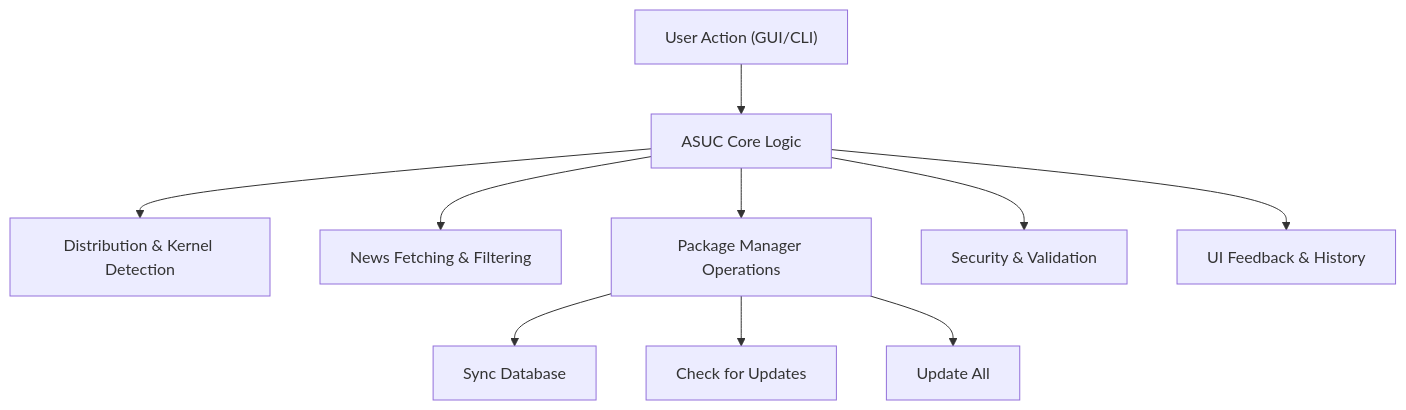
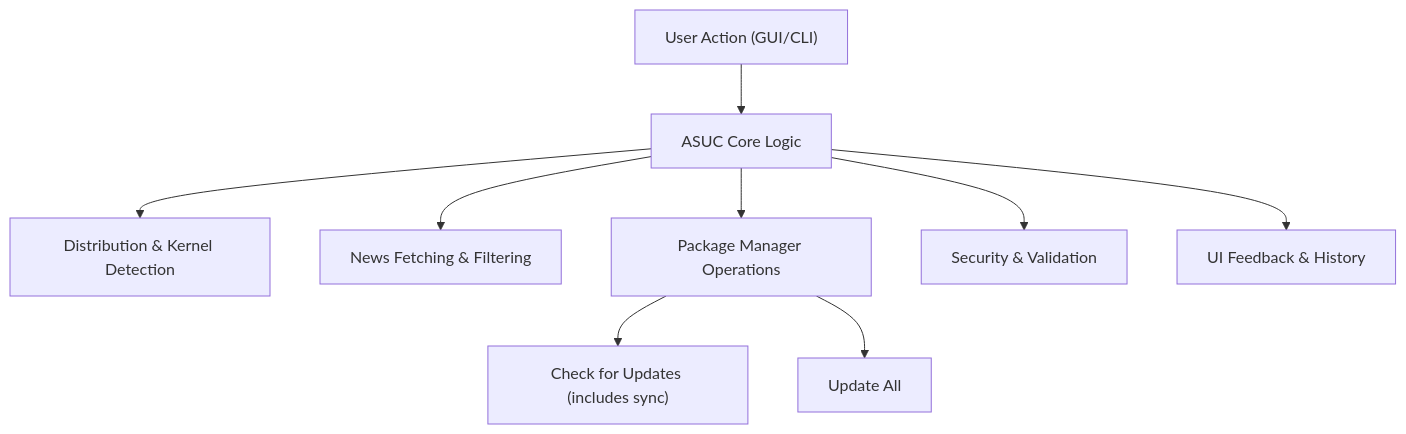
Before and after one commit to NeatCode-Labs/arch-smart-update-checker: the first of 2 diagrams in docs/HOW_ASUC_WORKS.md, drawn with Mermaid. The commit also changed other lines of this file and 15 other files, not shown here.

First line of the commit message:
Release v2.3.0: Integrate DB sync into Check for Updates

````diff
--- a/docs/HOW_ASUC_WORKS.md
+++ b/docs/HOW_ASUC_WORKS.md
@@ -11,12 +11,11 @@
 ```mermaid
 flowchart TD
     A["User Action (GUI/CLI)"] --> B["ASUC Core Logic"]
     B --> C1["Distribution & Kernel Detection"]
     B --> C2["News Fetching & Filtering"]
     B --> C3["Package Manager Operations"]
-    C3 --> D1["Sync Database"]
-    C3 --> D2["Check for Updates"]
-    C3 --> D3["Update All"]
+    C3 --> D1["Check for Updates (includes sync)"]
+    C3 --> D2["Update All"]
     B --> E["Security & Validation"]
     B --> F["UI Feedback & History"]
 ```
````
